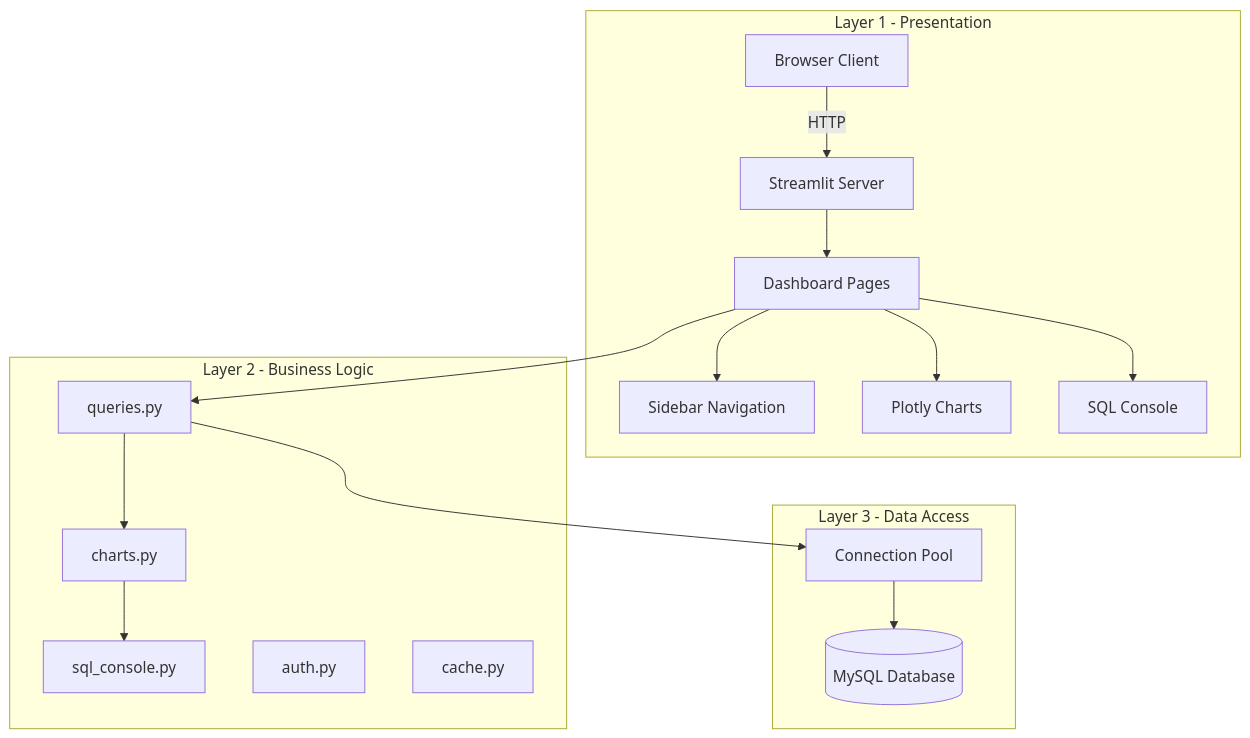
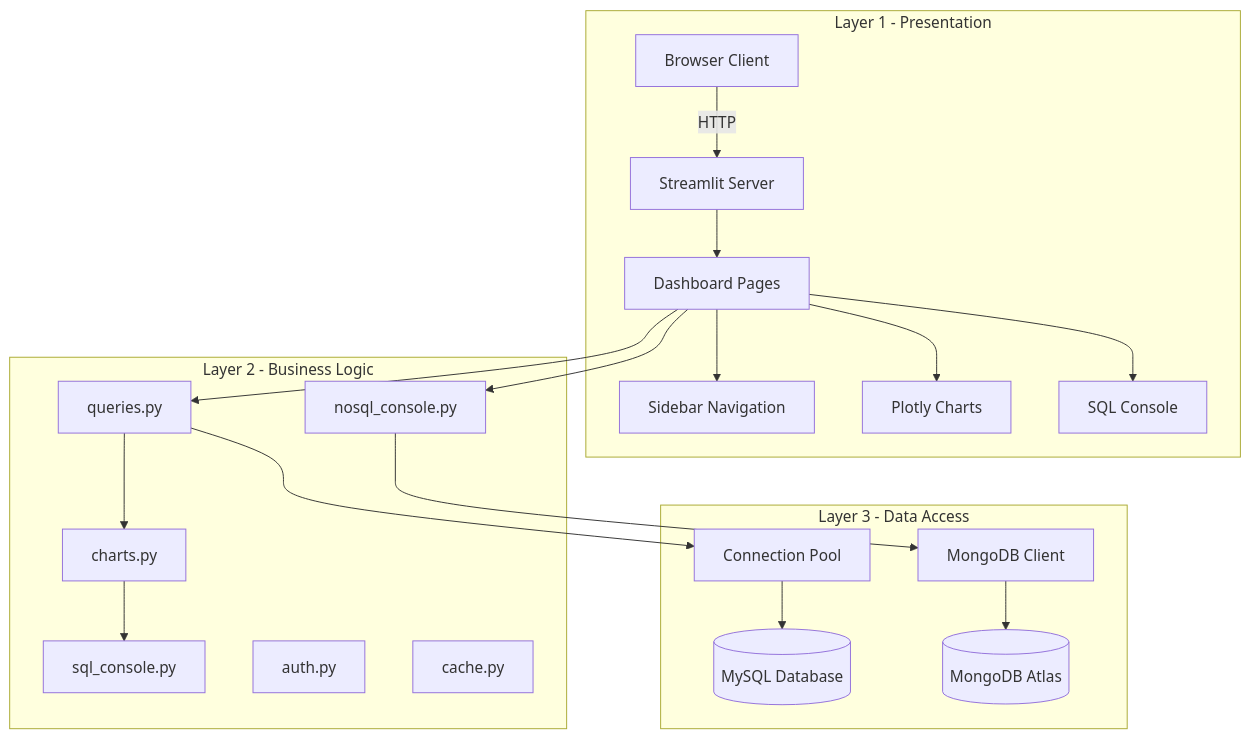
Before and after one commit to abhinavdev24/dma-project-fitsense-ai: the first of 7 diagrams in README.md, drawn with Mermaid. The commit also changed other lines of this file and 22 other files, not shown here.

````diff
--- a/README.md
+++ b/README.md
@@ -18,35 +29,41 @@
 ```mermaid
 graph TB
     subgraph Presentation["Layer 1 - Presentation"]
         Browser[Browser Client]
         Streamlit[Streamlit Server]
         Pages[Dashboard Pages]
         Sidebar[Sidebar Navigation]
         Charts[Plotly Charts]
         SQLConsole[SQL Console]
     end
 
     subgraph Business["Layer 2 - Business Logic"]
         Queries[queries.py]
         ChartLib[charts.py]
         SQLConsoleLib[sql_console.py]
+        NoSQLConsole[nosql_console.py]
         Auth[auth.py]
         Cache[cache.py]
     end
 
     subgraph Data["Layer 3 - Data Access"]
         DBPool[Connection Pool]
         MySQL[(MySQL Database)]
+        MongoClient[MongoDB Client]
+        MongoDB[(MongoDB Atlas)]
     end
 
     Browser -->|HTTP| Streamlit
     Streamlit --> Pages
     Pages --> Sidebar
     Pages --> Charts
     Pages --> SQLConsole
     Pages --> Queries
+    Pages --> NoSQLConsole
     Queries --> ChartLib
     ChartLib --> SQLConsoleLib
     Queries --> DBPool
+    NoSQLConsole --> MongoClient
     DBPool --> MySQL
+    MongoClient --> MongoDB
 ```
````
